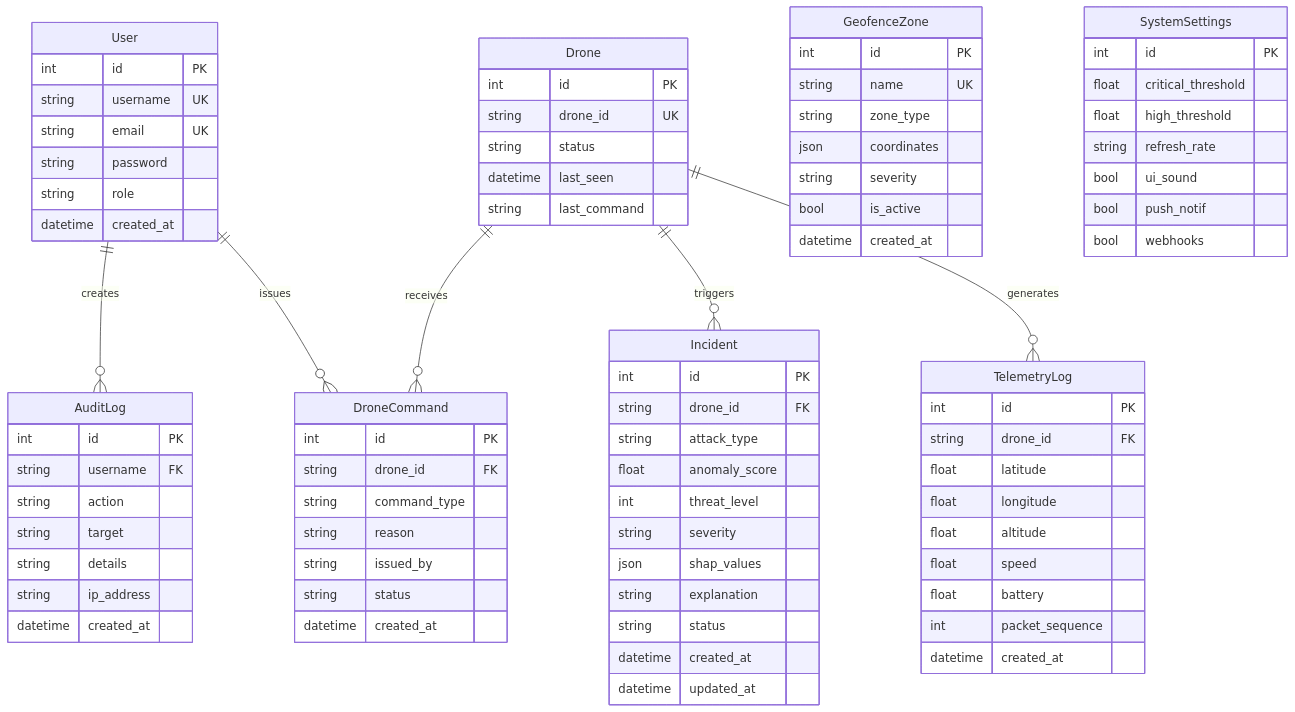
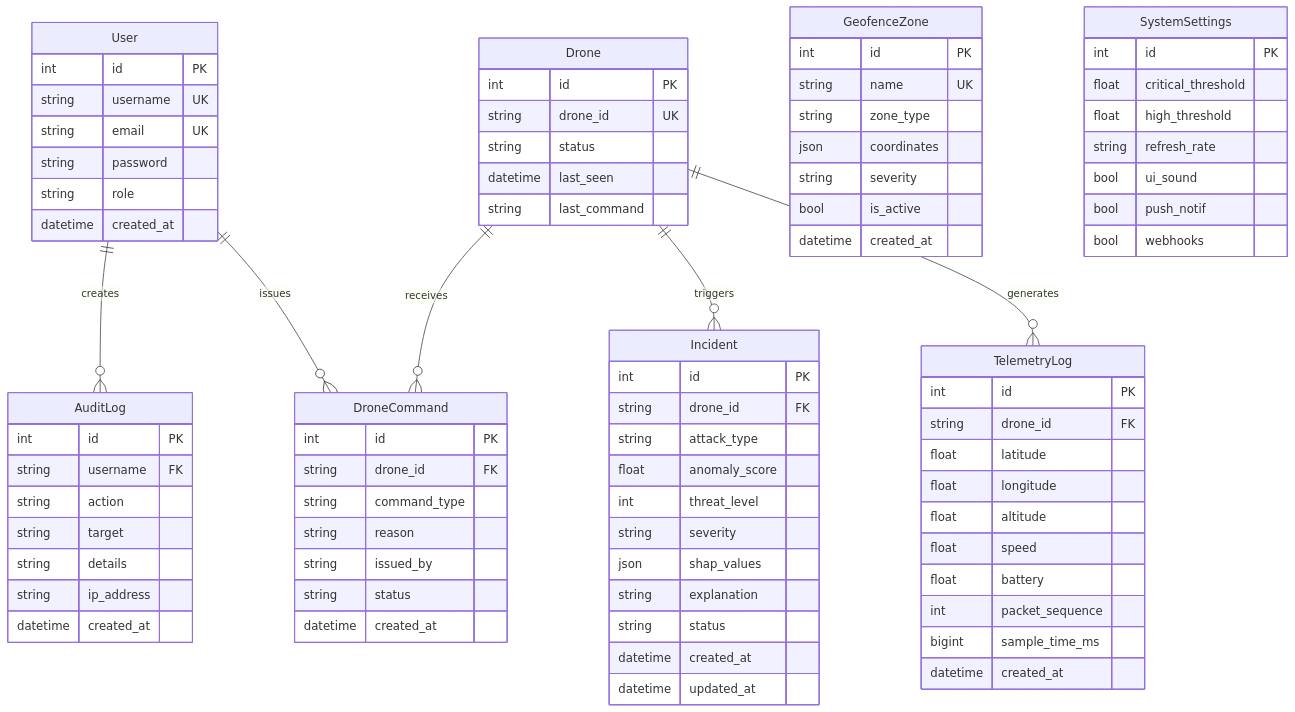
One commit to bserc-labs/SwarmGuard-AI changed the diagram in docs/DATABASE_SCHEMA.md. Above: the diagram before and after it, drawn with Mermaid. The commit also changed 15 other files, not shown here.

```diff
--- a/docs/DATABASE_SCHEMA.md
+++ b/docs/DATABASE_SCHEMA.md
@@ -26,6 +26,7 @@
         float speed
         float battery
         int packet_sequence
+        bigint sample_time_ms
         datetime created_at
     }
 
```
